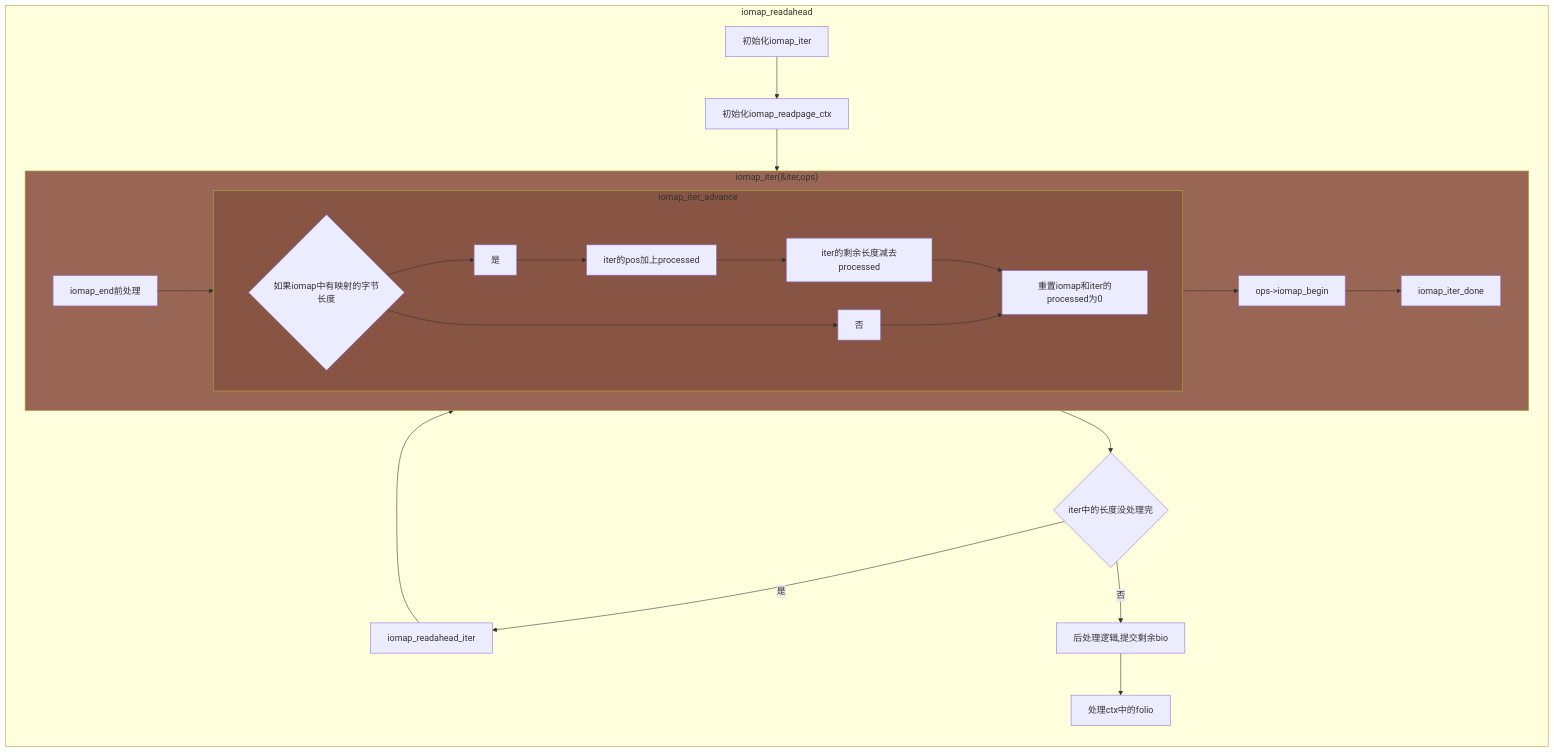
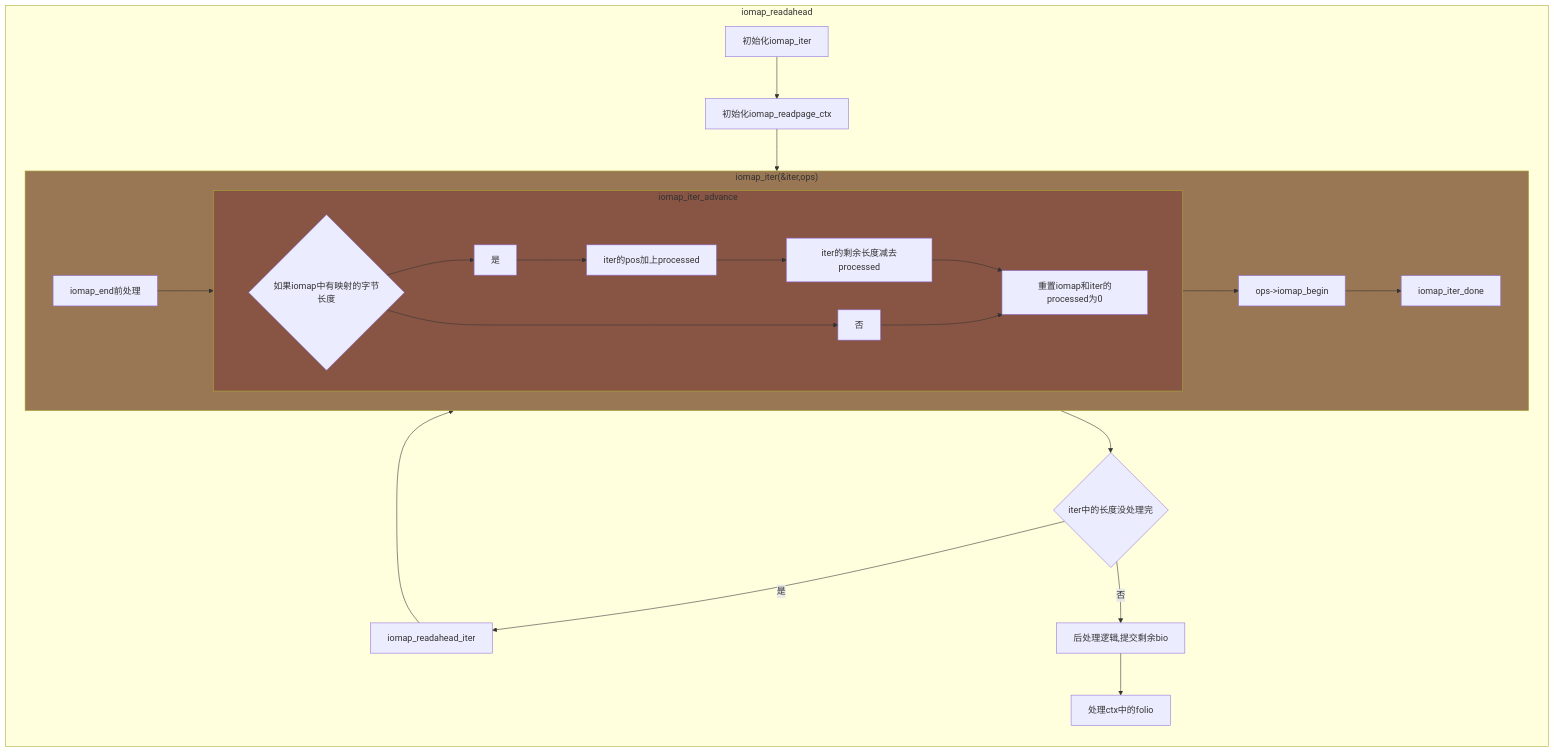
One commit to sigmanature/learn_os_note changed the diagram in 6.13.1内核文档注释/fs/iomap/buffered_io.c/README.md. Above: the diagram before and after it, drawn with Mermaid.

````diff
--- a/6.13.1内核文档注释/fs/iomap/buffered_io.c/README.md
+++ b/6.13.1内核文档注释/fs/iomap/buffered_io.c/README.md
@@ -2,20 +2,20 @@
 ```mermaid
 graph LR
     subgraph c[iomap_iter_advance]
         1{如果iomap中有映射的字节长度}
         1-->是-->iter的pos加上processed-->iter的剩余长度减去processed-->2[重置iomap和iter的processed为0]
         1-->否-->2
     end
     subgraph b["iomap_iter(&iter,ops)"]
         G[iomap_end前处理]-->c-->I["ops->iomap_begin"]-->J[iomap_iter_done]
     end
-    style b fill:#965
+    style b fill:#975
     style c fill:#854
     subgraph a[iomap_readahead]
         A[初始化iomap_iter]-->B[初始化iomap_readpage_ctx]-->b-->C{"iter中的长度没处理完"}
         C--是-->D[iomap_readahead_iter]-->b
         C--否-->E[后处理逻辑,提交剩余bio]-->F[处理ctx中的folio]
     end
     
 click A "https://github.com/sigmanature/learn_os_note/blob/main/6.13.1%E5%86%85%E6%A0%B8%E6%96%87%E6%A1%A3%E6%B3%A8%E9%87%8A/include/linux/iomap.h/struct_iomap_iter.md"
 ```
````
